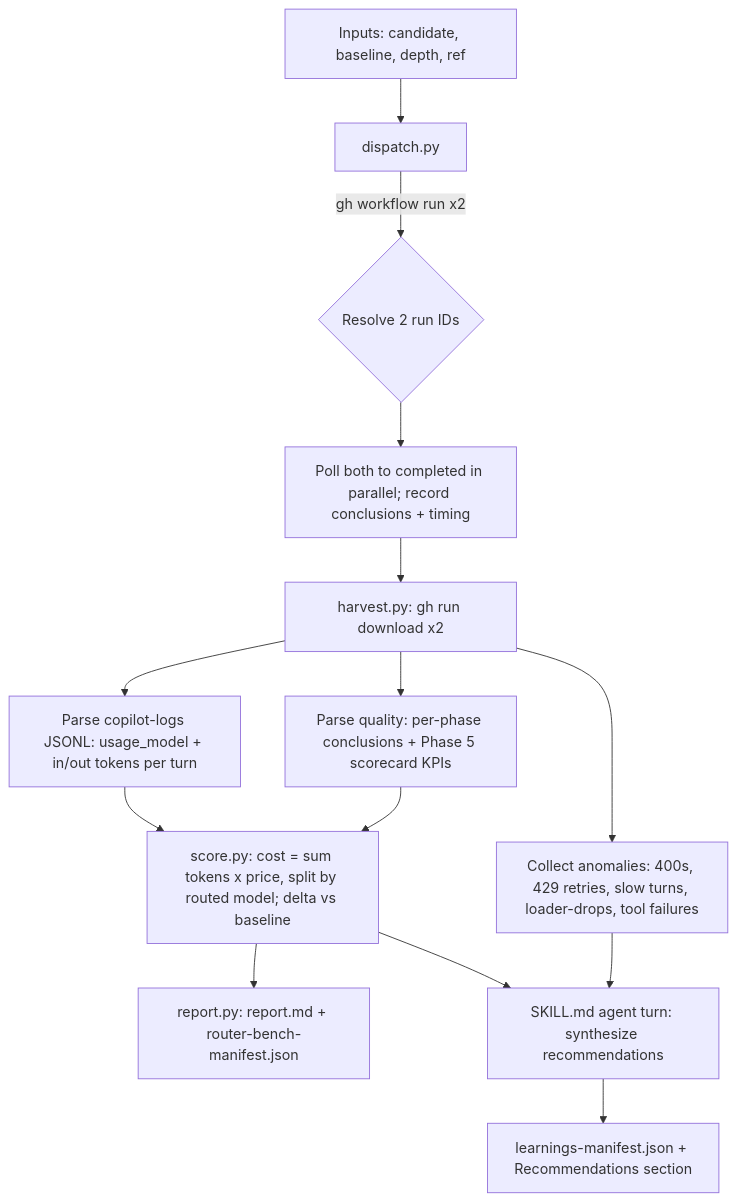
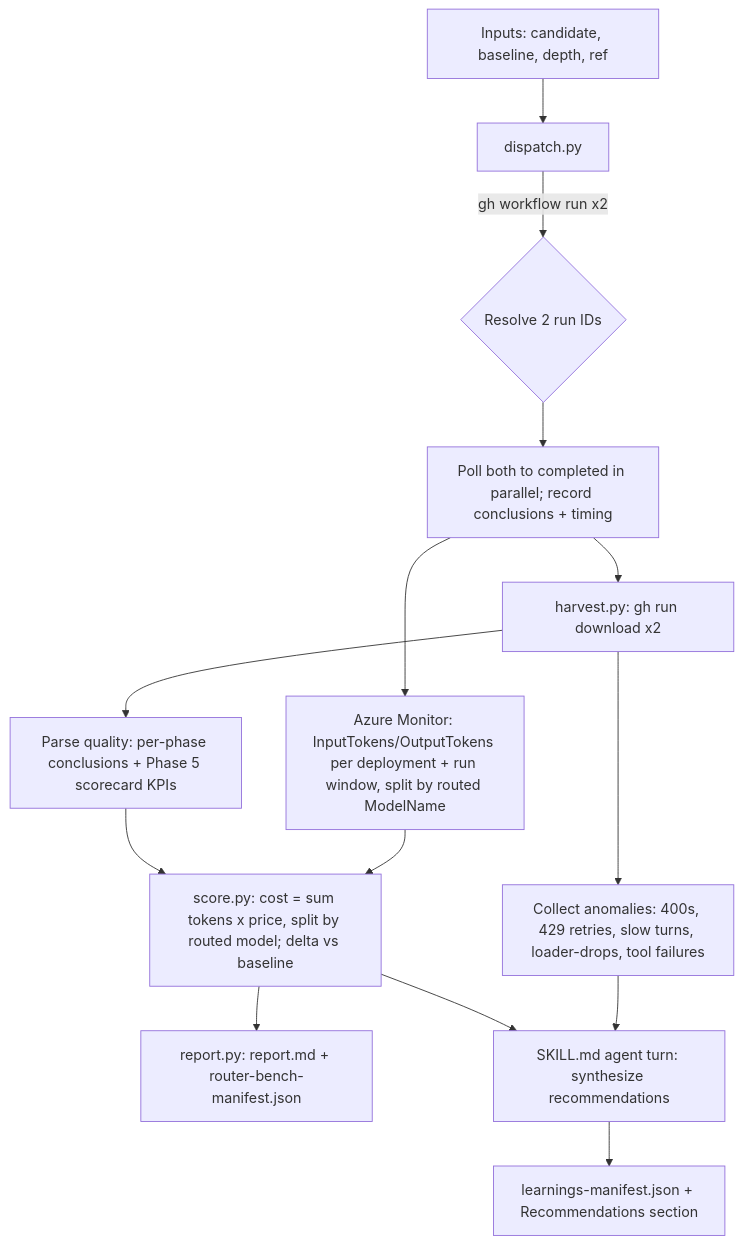
Before and after one commit to aiappsgbb/threadlight-skills: the diagram in docs/superpowers/specs/2026-06-30-threadlight-router-bench-design.md, drawn with Mermaid. The commit also changed other lines of this file, not shown here.

First line of the commit message:
spec(router-bench): pivot cost axis to Azure Monitor metrics

````diff
--- a/docs/superpowers/specs/2026-06-30-threadlight-router-bench-design.md
+++ b/docs/superpowers/specs/2026-06-30-threadlight-router-bench-design.md
@@ -90,16 +92,16 @@
 ```mermaid
 flowchart TD
     A[Inputs: candidate, baseline, depth, ref] --> B[dispatch.py]
     B -->|gh workflow run x2| C{Resolve 2 run IDs}
     C --> D[Poll both to completed in parallel; record conclusions + timing]
     D --> E[harvest.py: gh run download x2]
-    E --> F[Parse copilot-logs JSONL: usage_model + in/out tokens per turn]
     E --> G[Parse quality: per-phase conclusions + Phase 5 scorecard KPIs]
     E --> J[Collect anomalies: 400s, 429 retries, slow turns, loader-drops, tool failures]
+    D --> F[Azure Monitor: InputTokens/OutputTokens per deployment + run window, split by routed ModelName]
     F --> H[score.py: cost = sum tokens x price, split by routed model; delta vs baseline]
     G --> H
     H --> I[report.py: report.md + router-bench-manifest.json]
     J --> K[SKILL.md agent turn: synthesize recommendations]
     H --> K
     K --> L[learnings-manifest.json + Recommendations section]
 ```
````
